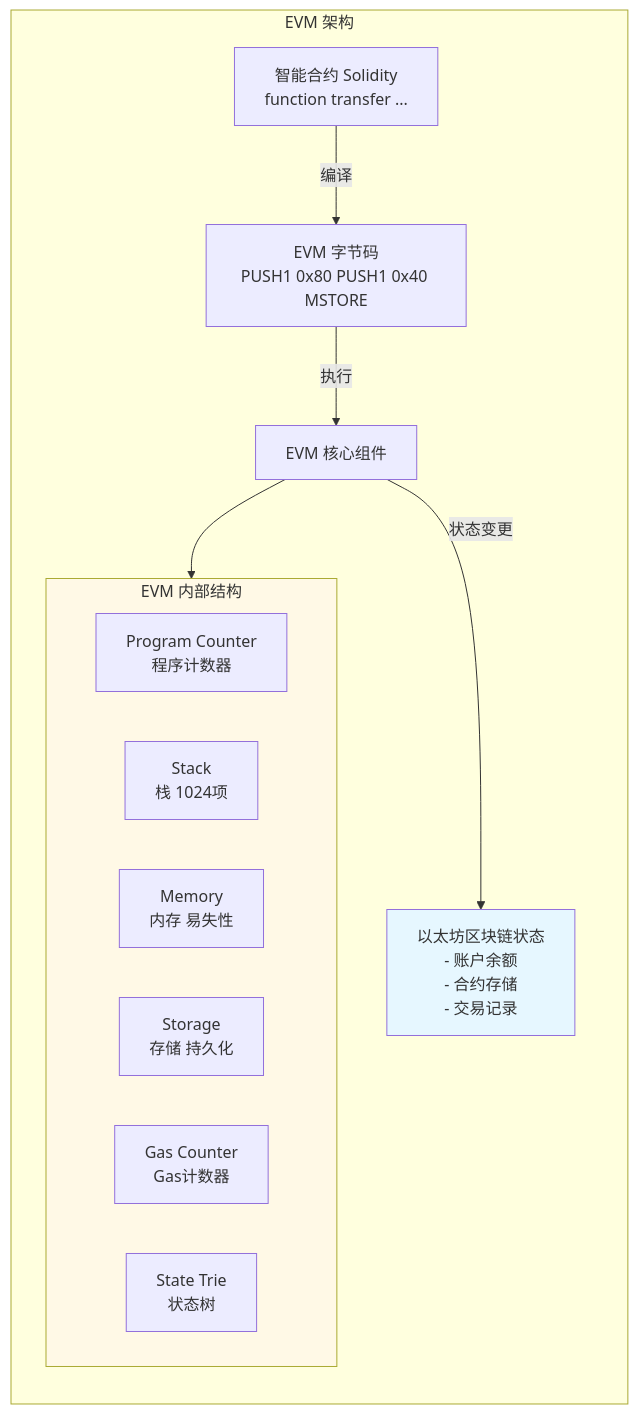
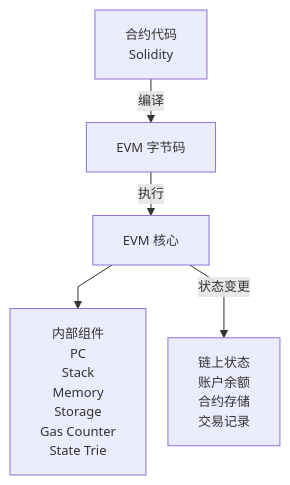
Before and after one commit to web3-wallet-org/web3-wallet-notes: the diagram in docs/《精通以太坊》/第14章-以太坊虚拟机.md, drawn with Mermaid. The commit also changed other lines of this file and 5 other files, not shown here.

````diff
--- a/docs/《精通以太坊》/第14章-以太坊虚拟机.md
+++ b/docs/《精通以太坊》/第14章-以太坊虚拟机.md
@@ -11,25 +11,8 @@
 ```mermaid
-graph TB
-    subgraph EVM_Arch["EVM 架构"]
-        direction TB
-        
-        Contract["智能合约 Solidity<br/>function transfer ..."] -->|编译| Bytecode["EVM 字节码<br/>PUSH1 0x80 PUSH1 0x40 MSTORE"]
-        
-        Bytecode -->|执行| EVM_Core["EVM 核心组件"]
-        
-        subgraph Components["EVM 内部结构"]
-            PC["Program Counter<br/>程序计数器"]
-            Stack["Stack<br/>栈 1024项"]
-            Memory["Memory<br/>内存 易失性"]
-            Storage["Storage<br/>存储 持久化"]
-            Gas["Gas Counter<br/>Gas计数器"]
-            State["State Trie<br/>状态树"]
-        end
-        
-        EVM_Core --> Components
-        EVM_Core -->|状态变更| Blockchain["以太坊区块链状态<br/>- 账户余额<br/>- 合约存储<br/>- 交易记录"]
-    end
-    
-    style Components fill:#fff9e6
-    style Blockchain fill:#e6f7ff
+%%{init: {"flowchart": {"useMaxWidth": true, "nodeSpacing": 22, "rankSpacing": 24, "curve": "linear"}, "themeVariables": {"fontSize": "13px"}}}%%
+flowchart TB
+    A["合约代码<br/>Solidity"] -->|编译| B["EVM 字节码"]
+    B -->|执行| C["EVM 核心"]
+    C --> D["内部组件<br/>PC<br/>Stack<br/>Memory<br/>Storage<br/>Gas Counter<br/>State Trie"]
+    C -->|状态变更| E["链上状态<br/>账户余额<br/>合约存储<br/>交易记录"]
 ```
````
